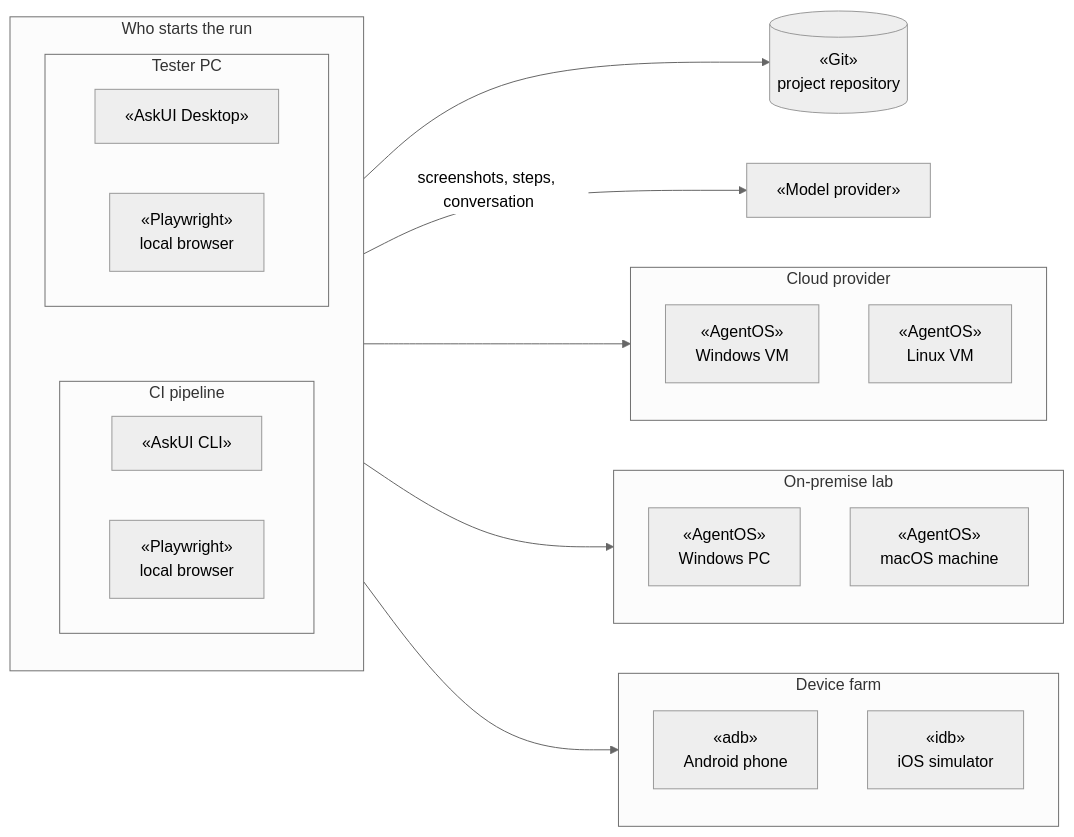
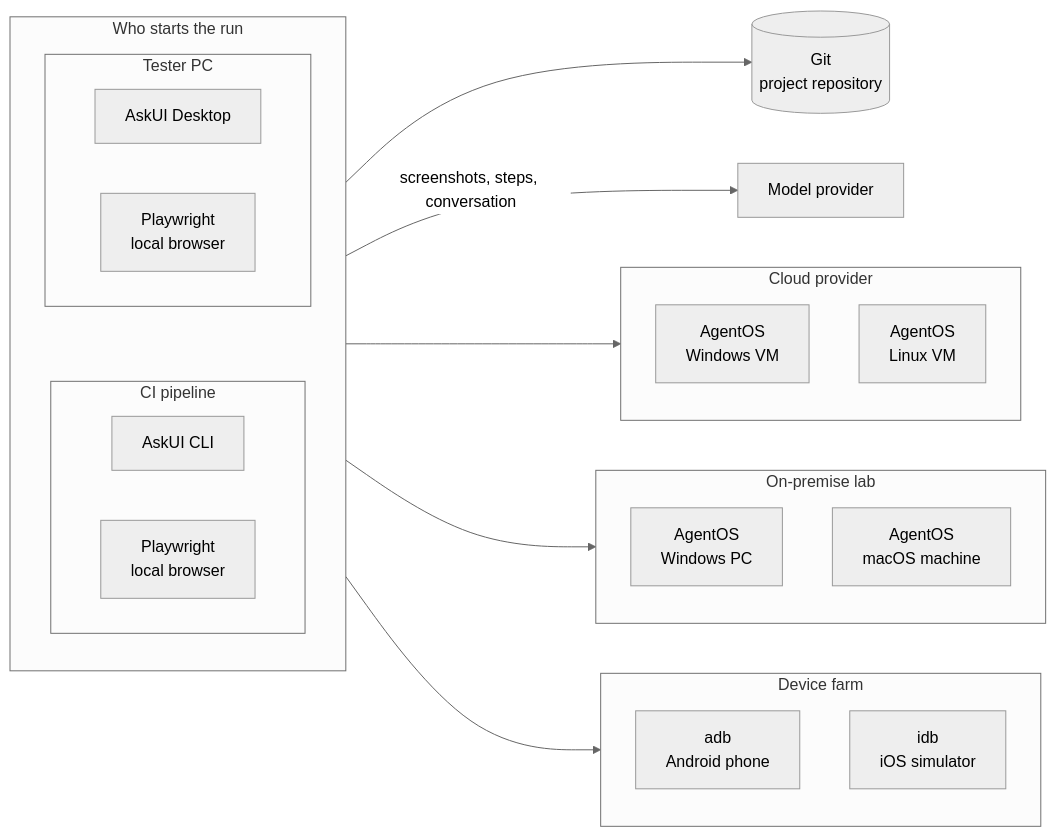
Before and after one commit to askui/docs-rewrite: the second of 2 diagrams in content/docs/concepts/enterprise-fit.mdx, drawn with Mermaid (neutral theme). The commit also changed other lines of this file and 2 other files, not shown here.

Commit message:
docs: diagrams fit the content column; plain labels
- mermaid useMaxWidth true + no overflow-x wrapper: diagrams scale to the
  column instead of sitting behind a horizontal scrollbar (skill config
  kept in sync)
- Guillemets dropped from every diagram label: 'AskUI Desktop', 'Git',
  'AgentOS', 'adb', 'idb' read as plain names

````diff
--- a/content/docs/concepts/enterprise-fit.mdx
+++ b/content/docs/concepts/enterprise-fit.mdx
@@ -49,33 +49,33 @@
 ```mermaid
 flowchart LR
   subgraph starts["Who starts the run"]
     subgraph pc["Tester PC"]
-      D["«AskUI Desktop»"]
-      B1["«Playwright»<br/>local browser"]
+      D["AskUI Desktop"]
+      B1["Playwright<br/>local browser"]
     end
     subgraph ci["CI pipeline"]
-      C["«AskUI CLI»"]
-      B2["«Playwright»<br/>local browser"]
+      C["AskUI CLI"]
+      B2["Playwright<br/>local browser"]
     end
     pc ~~~ ci
   end
-  R[("«Git»<br/>project repository")]
-  M["«Model provider»"]
+  R[("Git<br/>project repository")]
+  M["Model provider"]
   subgraph cloud["Cloud provider"]
-    V1["«AgentOS»<br/>Windows VM"]
-    V2["«AgentOS»<br/>Linux VM"]
+    V1["AgentOS<br/>Windows VM"]
+    V2["AgentOS<br/>Linux VM"]
   end
   subgraph lab["On-premise lab"]
-    P1["«AgentOS»<br/>Windows PC"]
-    P2["«AgentOS»<br/>macOS machine"]
+    P1["AgentOS<br/>Windows PC"]
+    P2["AgentOS<br/>macOS machine"]
   end
   subgraph farm["Device farm"]
-    A1["«adb»<br/>Android phone"]
-    I1["«idb»<br/>iOS simulator"]
+    A1["adb<br/>Android phone"]
+    I1["idb<br/>iOS simulator"]
   end
   starts --> R
   starts -->|"screenshots, steps, conversation"| M
   starts --> cloud
   starts --> lab
   starts --> farm
 ```
````
